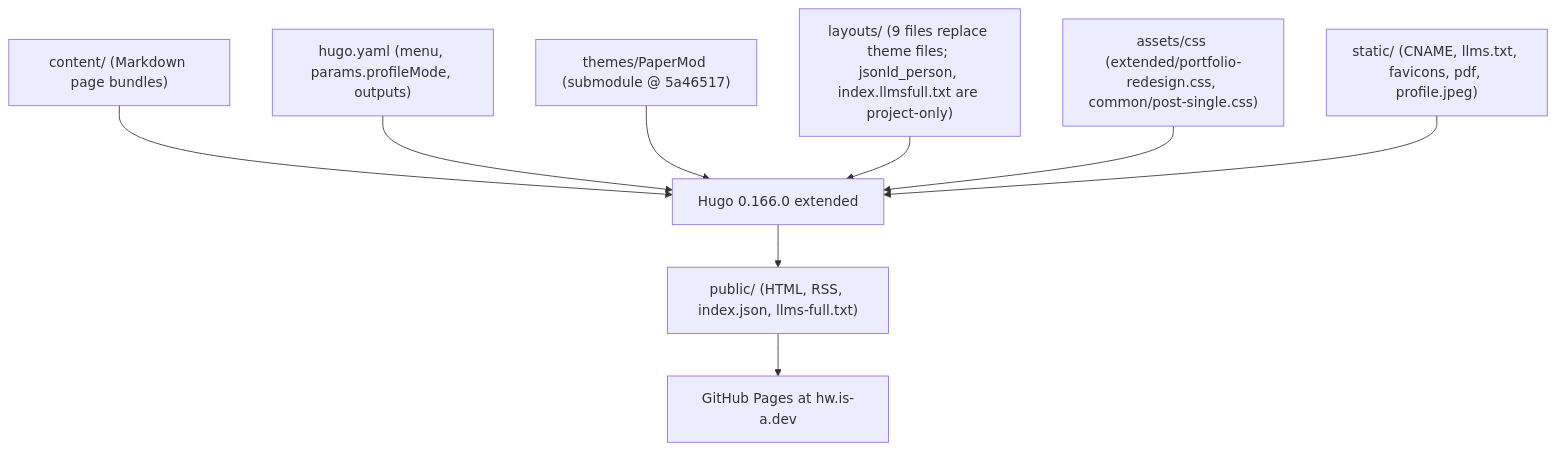
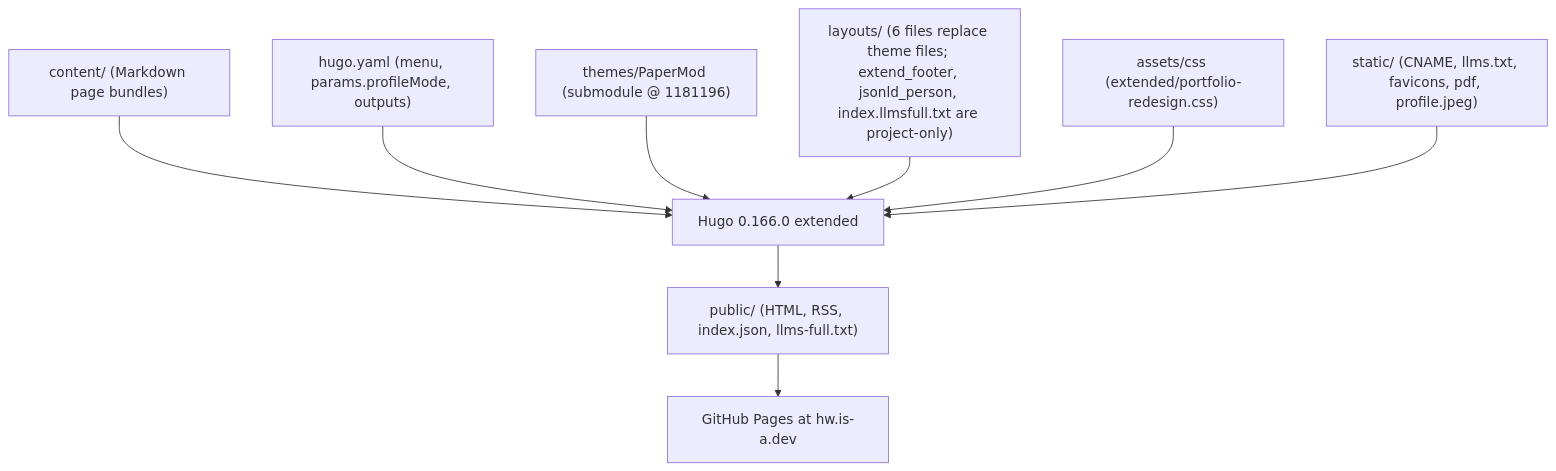
Before and after one commit to howard-haowen/howard-haowen.github.io: the diagram in brain/architecture.md, drawn with Mermaid. The commit also changed other lines of this file and 4 other files, not shown here.

Commit message:
docs(brain): record PaperMod upgrade and override reduction

````diff
--- a/brain/architecture.md
+++ b/brain/architecture.md
@@ -12,11 +12,11 @@
 ```mermaid
 graph TD
   content["content/ (Markdown page bundles)"] --> hugo["Hugo 0.166.0 extended"]
   cfg["hugo.yaml (menu, params.profileMode, outputs)"] --> hugo
-  theme["themes/PaperMod (submodule @ 5a46517)"] --> hugo
-  layouts["layouts/ (9 files replace theme files; jsonld_person, index.llmsfull.txt are project-only)"] --> hugo
-  assets["assets/css (extended/portfolio-redesign.css, common/post-single.css)"] --> hugo
+  theme["themes/PaperMod (submodule @ 1181196)"] --> hugo
+  layouts["layouts/ (6 files replace theme files; extend_footer, jsonld_person, index.llmsfull.txt are project-only)"] --> hugo
+  assets["assets/css (extended/portfolio-redesign.css)"] --> hugo
   static["static/ (CNAME, llms.txt, favicons, pdf, profile.jpeg)"] --> hugo
   hugo --> public["public/ (HTML, RSS, index.json, llms-full.txt)"]
   public --> pages["GitHub Pages at hw.is-a.dev"]
 ```
````
